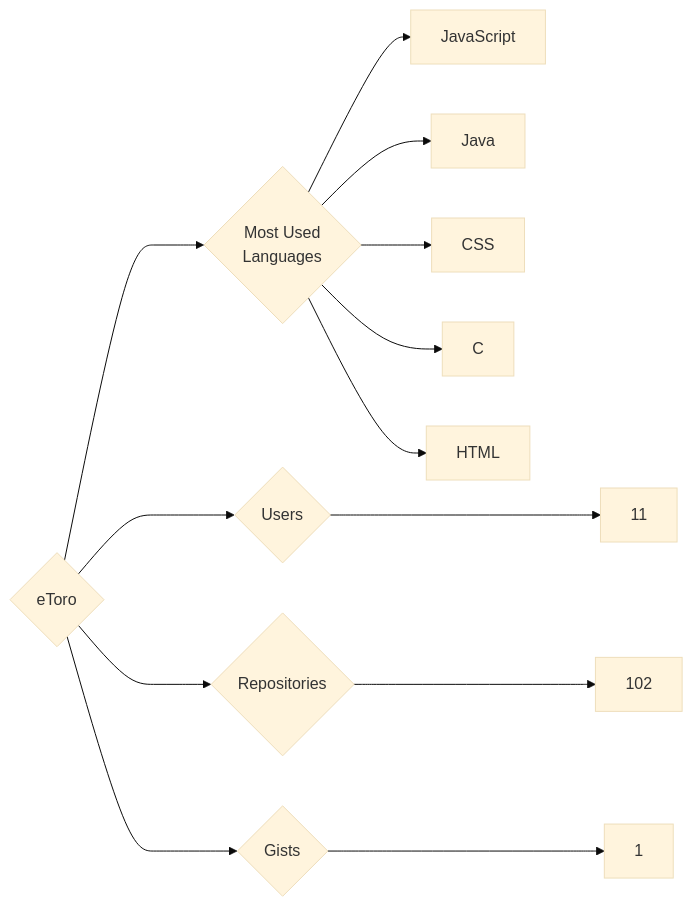
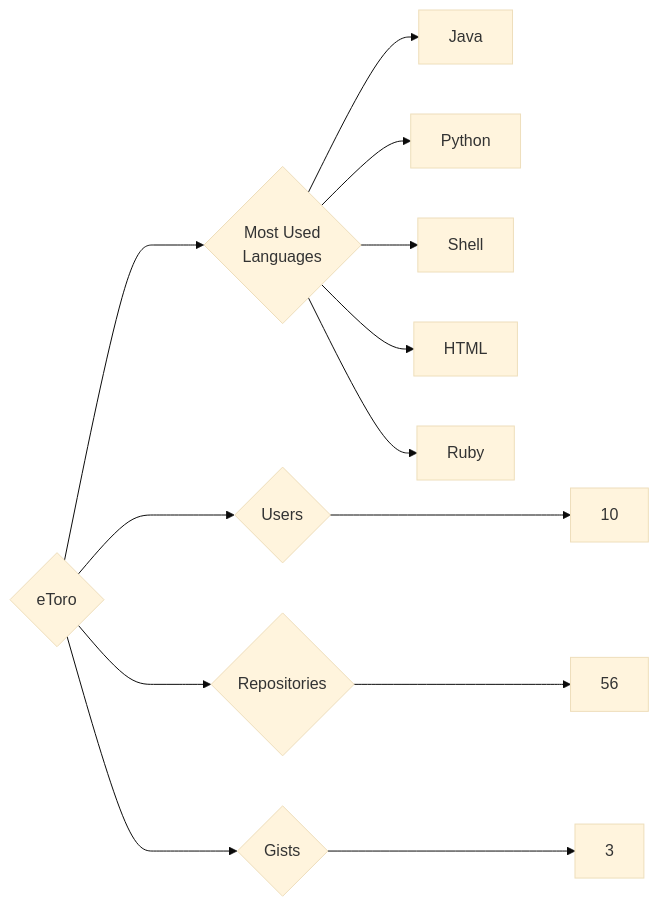
Before and after one commit to trickest/insiders: the diagram in targets/eToro/README.md, drawn with Mermaid (base theme). The commit also changed 939 other files, not shown here.

````diff
--- a/targets/eToro/README.md
+++ b/targets/eToro/README.md
@@ -3,13 +3,13 @@
 ```mermaid
 graph LR
 COMPANY_NAME{eToro}
-COMPANY_NAME ---> U{Users} ---> UN[11]
-COMPANY_NAME ---> R{Repositories} ---> RN[102]
-COMPANY_NAME ---> G{Gists} ---> GN[1]
+COMPANY_NAME ---> U{Users} ---> UN[10]
+COMPANY_NAME ---> R{Repositories} ---> RN[56]
+COMPANY_NAME ---> G{Gists} ---> GN[3]
 COMPANY_NAME ---> ML{Most Used<br>Languages}
-ML --> JavaScript[JavaScript]
 ML --> Java[Java]
-ML --> CSS[CSS]
-ML --> C[C]
+ML --> Python[Python]
+ML --> Shell[Shell]
 ML --> HTML[HTML]
+ML --> Ruby[Ruby]
 ```
````
